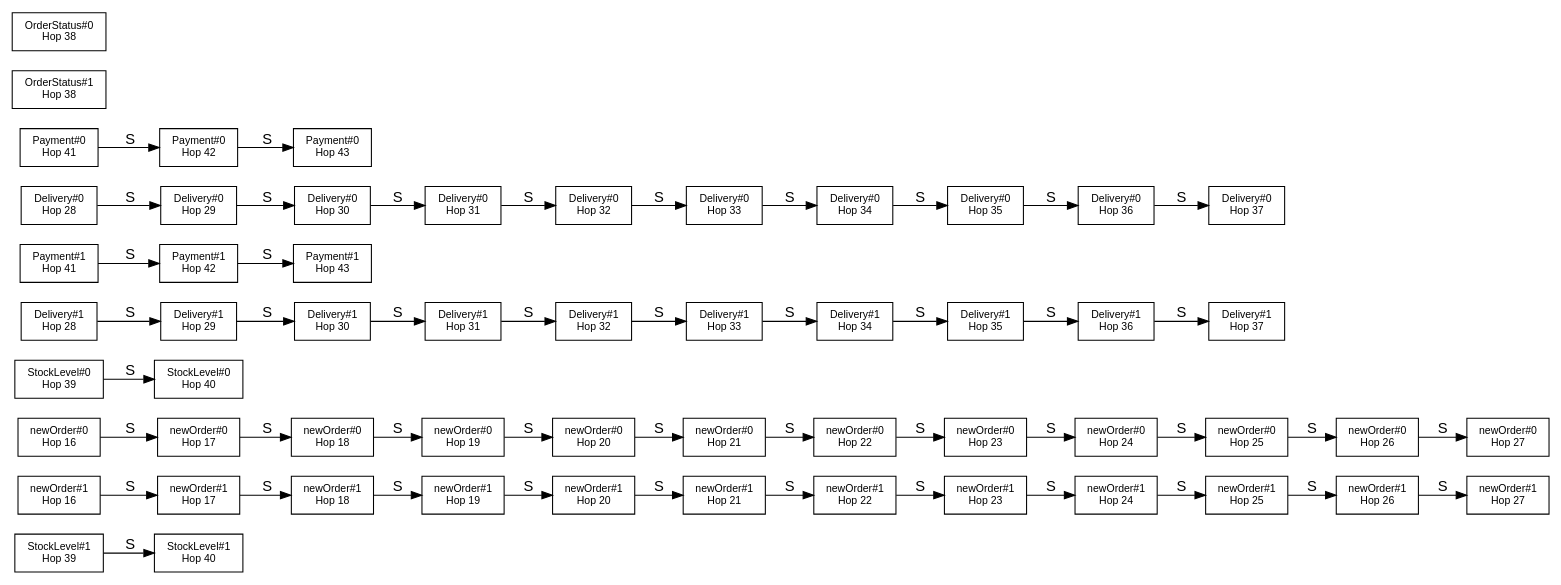
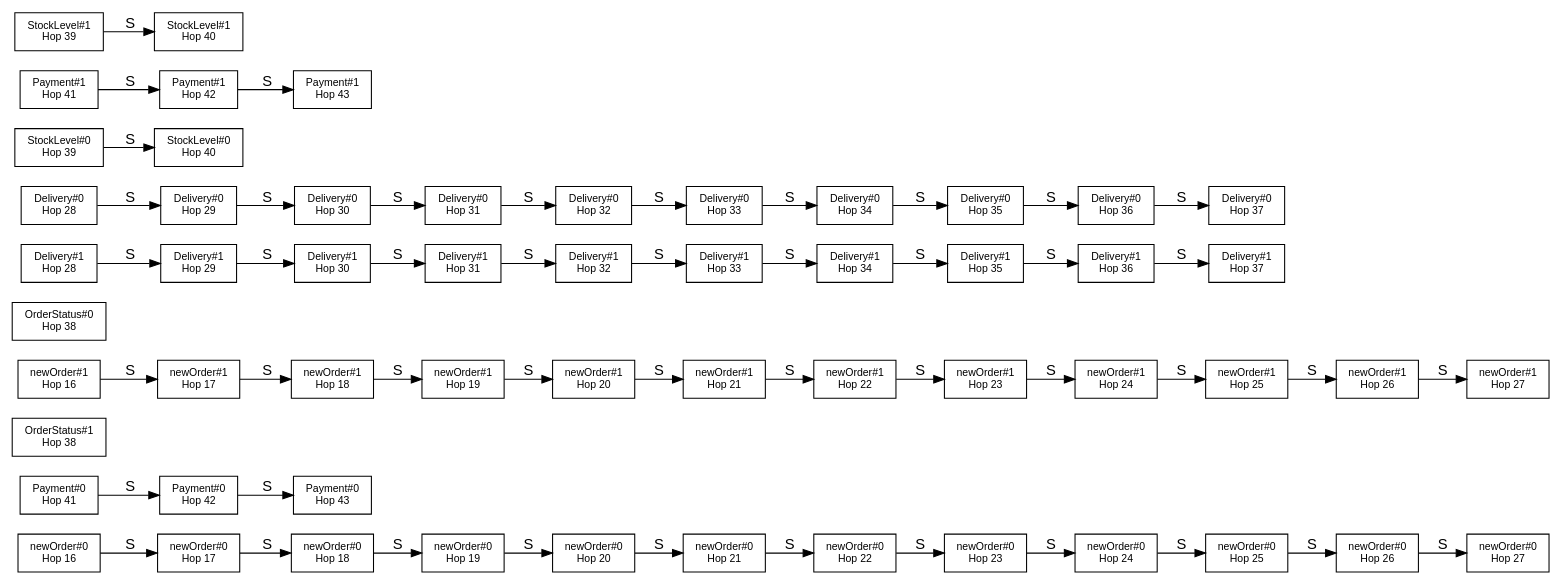
Before and after one commit to gsoosk/benchbase-transact: the diagram in results/tpcc/simplified_sc_graph_combined.dot, drawn with Graphviz. The commit also changed 1502 other files, not shown here.

```diff
--- a/results/tpcc/simplified_sc_graph_combined.dot
+++ b/results/tpcc/simplified_sc_graph_combined.dot
@@ -1,107 +1,107 @@
 digraph CombinedSCGraph {
   graph [rankdir=LR];
   node  [shape=record, fontsize=10, fontname=Helvetica];
   edge  [fontname=Helvetica];
-  cv0 [label="StockLevel#1\nHop 39\n"];
-  cv1 [label="newOrder#1\nHop 16\n"];
-  cv2 [label="newOrder#0\nHop 16\n"];
-  cv3 [label="newOrder#0\nHop 17\n"];
+  cv0 [label="newOrder#0\nHop 16\n"];
+  cv1 [label="Payment#0\nHop 41\n"];
+  cv2 [label="OrderStatus#1\nHop 38\n"];
+  cv3 [label="newOrder#1\nHop 16\n"];
   cv4 [label="newOrder#1\nHop 17\n"];
-  cv5 [label="StockLevel#0\nHop 39\n"];
-  cv6 [label="StockLevel#0\nHop 40\n"];
+  cv5 [label="newOrder#1\nHop 18\n"];
+  cv6 [label="OrderStatus#0\nHop 38\n"];
   cv7 [label="Delivery#1\nHop 28\n"];
-  cv8 [label="newOrder#0\nHop 18\n"];
-  cv9 [label="Payment#1\nHop 41\n"];
-  cv10 [label="Payment#1\nHop 42\n"];
-  cv11 [label="newOrder#0\nHop 19\n"];
-  cv12 [label="newOrder#0\nHop 20\n"];
-  cv13 [label="Delivery#0\nHop 28\n"];
-  cv14 [label="Payment#0\nHop 41\n"];
-  cv15 [label="newOrder#0\nHop 21\n"];
-  cv16 [label="newOrder#0\nHop 22\n"];
-  cv17 [label="newOrder#0\nHop 23\n"];
-  cv18 [label="newOrder#0\nHop 24\n"];
-  cv19 [label="newOrder#0\nHop 25\n"];
-  cv20 [label="Delivery#1\nHop 29\n"];
-  cv21 [label="Delivery#1\nHop 30\n"];
-  cv22 [label="Delivery#1\nHop 31\n"];
-  cv23 [label="Delivery#1\nHop 32\n"];
-  cv24 [label="Delivery#1\nHop 33\n"];
-  cv25 [label="Delivery#1\nHop 34\n"];
-  cv26 [label="Delivery#1\nHop 35\n"];
-  cv27 [label="Delivery#1\nHop 36\n"];
-  cv28 [label="Delivery#1\nHop 37\n"];
-  cv29 [label="newOrder#1\nHop 18\n"];
-  cv30 [label="newOrder#1\nHop 19\n"];
-  cv31 [label="newOrder#1\nHop 20\n"];
-  cv32 [label="newOrder#1\nHop 21\n"];
-  cv33 [label="newOrder#1\nHop 22\n"];
-  cv34 [label="newOrder#1\nHop 23\n"];
-  cv35 [label="newOrder#1\nHop 24\n"];
-  cv36 [label="newOrder#1\nHop 25\n"];
-  cv37 [label="newOrder#1\nHop 26\n"];
-  cv38 [label="newOrder#1\nHop 27\n"];
-  cv39 [label="newOrder#0\nHop 26\n"];
-  cv40 [label="newOrder#0\nHop 27\n"];
-  cv41 [label="OrderStatus#1\nHop 38\n"];
-  cv42 [label="Payment#0\nHop 42\n"];
-  cv43 [label="Payment#1\nHop 43\n"];
-  cv44 [label="StockLevel#1\nHop 40\n"];
-  cv45 [label="OrderStatus#0\nHop 38\n"];
-  cv46 [label="Payment#0\nHop 43\n"];
-  cv47 [label="Delivery#0\nHop 29\n"];
-  cv48 [label="Delivery#0\nHop 30\n"];
-  cv49 [label="Delivery#0\nHop 31\n"];
-  cv50 [label="Delivery#0\nHop 32\n"];
-  cv51 [label="Delivery#0\nHop 33\n"];
-  cv52 [label="Delivery#0\nHop 34\n"];
-  cv53 [label="Delivery#0\nHop 35\n"];
-  cv54 [label="Delivery#0\nHop 36\n"];
-  cv55 [label="Delivery#0\nHop 37\n"];
-  cv0 -> cv44 [color=black, label="S"];
-  cv1 -> cv4 [color=black, label="S"];
-  cv2 -> cv3 [color=black, label="S"];
-  cv3 -> cv8 [color=black, label="S"];
-  cv4 -> cv29 [color=black, label="S"];
-  cv5 -> cv6 [color=black, label="S"];
-  cv7 -> cv20 [color=black, label="S"];
-  cv8 -> cv11 [color=black, label="S"];
-  cv9 -> cv10 [color=black, label="S"];
-  cv10 -> cv43 [color=black, label="S"];
+  cv8 [label="Delivery#1\nHop 29\n"];
+  cv9 [label="Delivery#1\nHop 30\n"];
+  cv10 [label="Delivery#0\nHop 28\n"];
+  cv11 [label="StockLevel#0\nHop 39\n"];
+  cv12 [label="StockLevel#0\nHop 40\n"];
+  cv13 [label="Delivery#0\nHop 29\n"];
+  cv14 [label="Delivery#0\nHop 30\n"];
+  cv15 [label="Delivery#0\nHop 31\n"];
+  cv16 [label="Delivery#0\nHop 32\n"];
+  cv17 [label="Delivery#0\nHop 33\n"];
+  cv18 [label="Delivery#0\nHop 34\n"];
+  cv19 [label="Delivery#0\nHop 35\n"];
+  cv20 [label="Delivery#0\nHop 36\n"];
+  cv21 [label="Delivery#0\nHop 37\n"];
+  cv22 [label="newOrder#1\nHop 19\n"];
+  cv23 [label="newOrder#1\nHop 20\n"];
+  cv24 [label="newOrder#1\nHop 21\n"];
+  cv25 [label="newOrder#1\nHop 22\n"];
+  cv26 [label="Payment#0\nHop 42\n"];
+  cv27 [label="Delivery#1\nHop 31\n"];
+  cv28 [label="Delivery#1\nHop 32\n"];
+  cv29 [label="Delivery#1\nHop 33\n"];
+  cv30 [label="Delivery#1\nHop 34\n"];
+  cv31 [label="Delivery#1\nHop 35\n"];
+  cv32 [label="newOrder#1\nHop 23\n"];
+  cv33 [label="newOrder#1\nHop 24\n"];
+  cv34 [label="newOrder#0\nHop 17\n"];
+  cv35 [label="newOrder#0\nHop 18\n"];
+  cv36 [label="Payment#1\nHop 41\n"];
+  cv37 [label="StockLevel#1\nHop 39\n"];
+  cv38 [label="StockLevel#1\nHop 40\n"];
+  cv39 [label="newOrder#1\nHop 25\n"];
+  cv40 [label="newOrder#1\nHop 26\n"];
+  cv41 [label="newOrder#1\nHop 27\n"];
+  cv42 [label="Payment#0\nHop 43\n"];
+  cv43 [label="Payment#1\nHop 42\n"];
+  cv44 [label="Payment#1\nHop 43\n"];
+  cv45 [label="newOrder#0\nHop 19\n"];
+  cv46 [label="newOrder#0\nHop 20\n"];
+  cv47 [label="newOrder#0\nHop 21\n"];
+  cv48 [label="newOrder#0\nHop 22\n"];
+  cv49 [label="newOrder#0\nHop 23\n"];
+  cv50 [label="newOrder#0\nHop 24\n"];
+  cv51 [label="newOrder#0\nHop 25\n"];
+  cv52 [label="newOrder#0\nHop 26\n"];
+  cv53 [label="newOrder#0\nHop 27\n"];
+  cv54 [label="Delivery#1\nHop 36\n"];
+  cv55 [label="Delivery#1\nHop 37\n"];
+  cv0 -> cv34 [color=black, label="S"];
+  cv1 -> cv26 [color=black, label="S"];
+  cv3 -> cv4 [color=black, label="S"];
+  cv4 -> cv5 [color=black, label="S"];
+  cv5 -> cv22 [color=black, label="S"];
+  cv7 -> cv8 [color=black, label="S"];
+  cv8 -> cv9 [color=black, label="S"];
+  cv9 -> cv27 [color=black, label="S"];
+  cv10 -> cv13 [color=black, label="S"];
   cv11 -> cv12 [color=black, label="S"];
-  cv12 -> cv15 [color=black, label="S"];
-  cv13 -> cv47 [color=black, label="S"];
-  cv14 -> cv42 [color=black, label="S"];
+  cv13 -> cv14 [color=black, label="S"];
+  cv14 -> cv15 [color=black, label="S"];
   cv15 -> cv16 [color=black, label="S"];
   cv16 -> cv17 [color=black, label="S"];
   cv17 -> cv18 [color=black, label="S"];
   cv18 -> cv19 [color=black, label="S"];
-  cv19 -> cv39 [color=black, label="S"];
+  cv19 -> cv20 [color=black, label="S"];
   cv20 -> cv21 [color=black, label="S"];
-  cv21 -> cv22 [color=black, label="S"];
   cv22 -> cv23 [color=black, label="S"];
   cv23 -> cv24 [color=black, label="S"];
   cv24 -> cv25 [color=black, label="S"];
-  cv25 -> cv26 [color=black, label="S"];
-  cv26 -> cv27 [color=black, label="S"];
+  cv25 -> cv32 [color=black, label="S"];
+  cv26 -> cv42 [color=black, label="S"];
   cv27 -> cv28 [color=black, label="S"];
+  cv28 -> cv29 [color=black, label="S"];
   cv29 -> cv30 [color=black, label="S"];
   cv30 -> cv31 [color=black, label="S"];
-  cv31 -> cv32 [color=black, label="S"];
+  cv31 -> cv54 [color=black, label="S"];
   cv32 -> cv33 [color=black, label="S"];
-  cv33 -> cv34 [color=black, label="S"];
+  cv33 -> cv39 [color=black, label="S"];
   cv34 -> cv35 [color=black, label="S"];
-  cv35 -> cv36 [color=black, label="S"];
-  cv36 -> cv37 [color=black, label="S"];
+  cv35 -> cv45 [color=black, label="S"];
+  cv36 -> cv43 [color=black, label="S"];
   cv37 -> cv38 [color=black, label="S"];
   cv39 -> cv40 [color=black, label="S"];
-  cv42 -> cv46 [color=black, label="S"];
+  cv40 -> cv41 [color=black, label="S"];
+  cv43 -> cv44 [color=black, label="S"];
+  cv45 -> cv46 [color=black, label="S"];
+  cv46 -> cv47 [color=black, label="S"];
   cv47 -> cv48 [color=black, label="S"];
   cv48 -> cv49 [color=black, label="S"];
   cv49 -> cv50 [color=black, label="S"];
   cv50 -> cv51 [color=black, label="S"];
   cv51 -> cv52 [color=black, label="S"];
   cv52 -> cv53 [color=black, label="S"];
-  cv53 -> cv54 [color=black, label="S"];
   cv54 -> cv55 [color=black, label="S"];
 }
```
